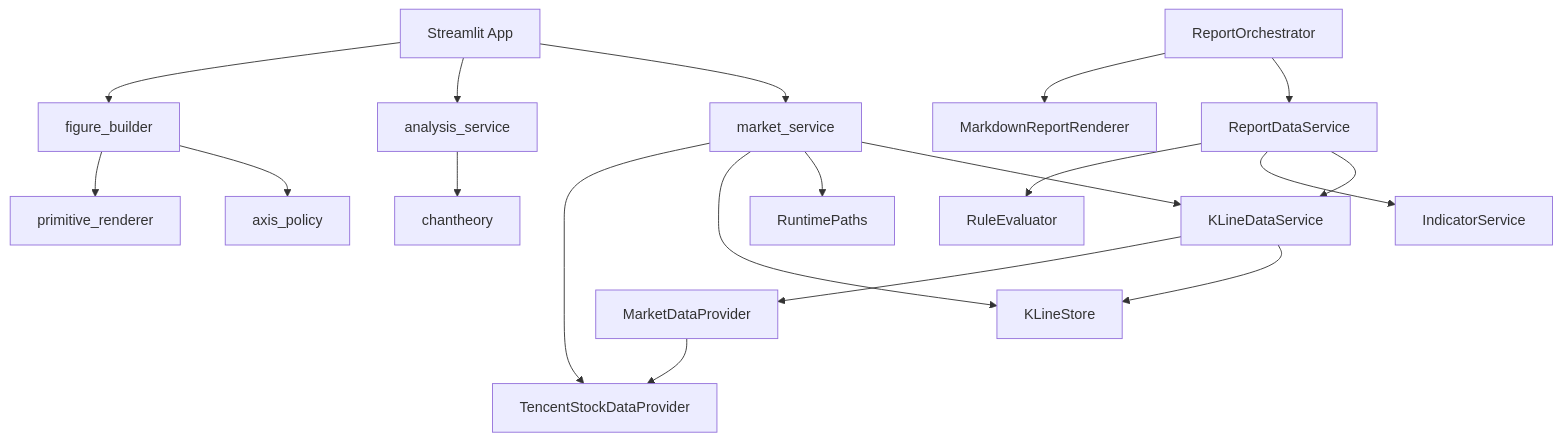
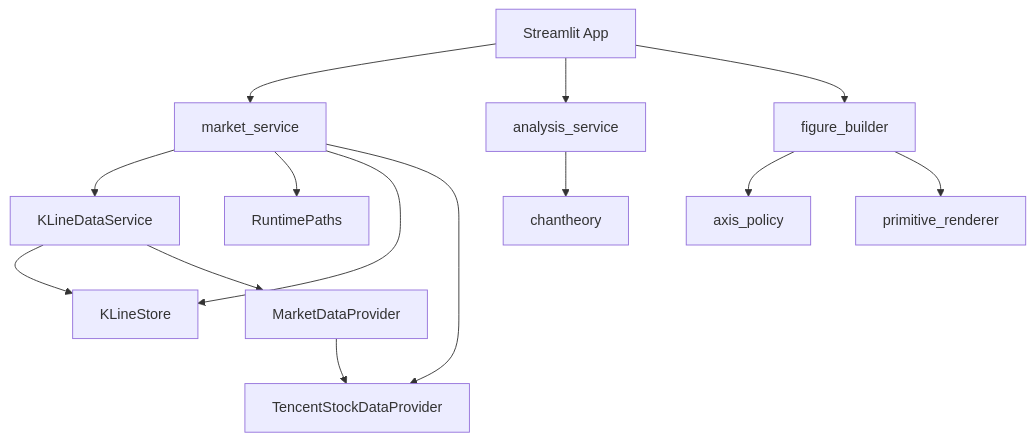
Before and after one commit to shenjee/stockpilot: the first of 3 diagrams in docs/software_technical_document.zh.md, drawn with Mermaid. The commit also changed other lines of this file and 61 other files, not shown here.

````diff
--- a/docs/software_technical_document.zh.md
+++ b/docs/software_technical_document.zh.md
@@ -219,24 +196,18 @@
 ```mermaid
 graph TD
     A[Streamlit App] --> B[market_service]
     A --> C[analysis_service]
     A --> D[figure_builder]
 
     B --> E[KLineDataService]
     B --> Q[RuntimePaths]
     B --> N[KLineStore]
     B --> P[TencentStockDataProvider]
     C --> F[chantheory]
     D --> G[axis_policy]
     D --> H[primitive_renderer]
 
-    I[ReportOrchestrator] --> J[ReportDataService]
-    I --> K[MarkdownReportRenderer]
-    J --> E
-    J --> L[IndicatorService]
-    J --> M[RuleEvaluator]
-
     E --> N[KLineStore]
     E --> O[MarketDataProvider]
     O --> P[TencentStockDataProvider]
 ```
````
